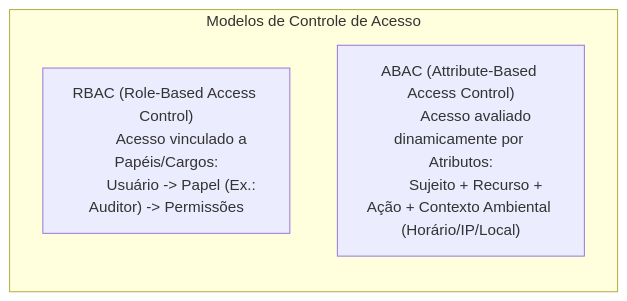
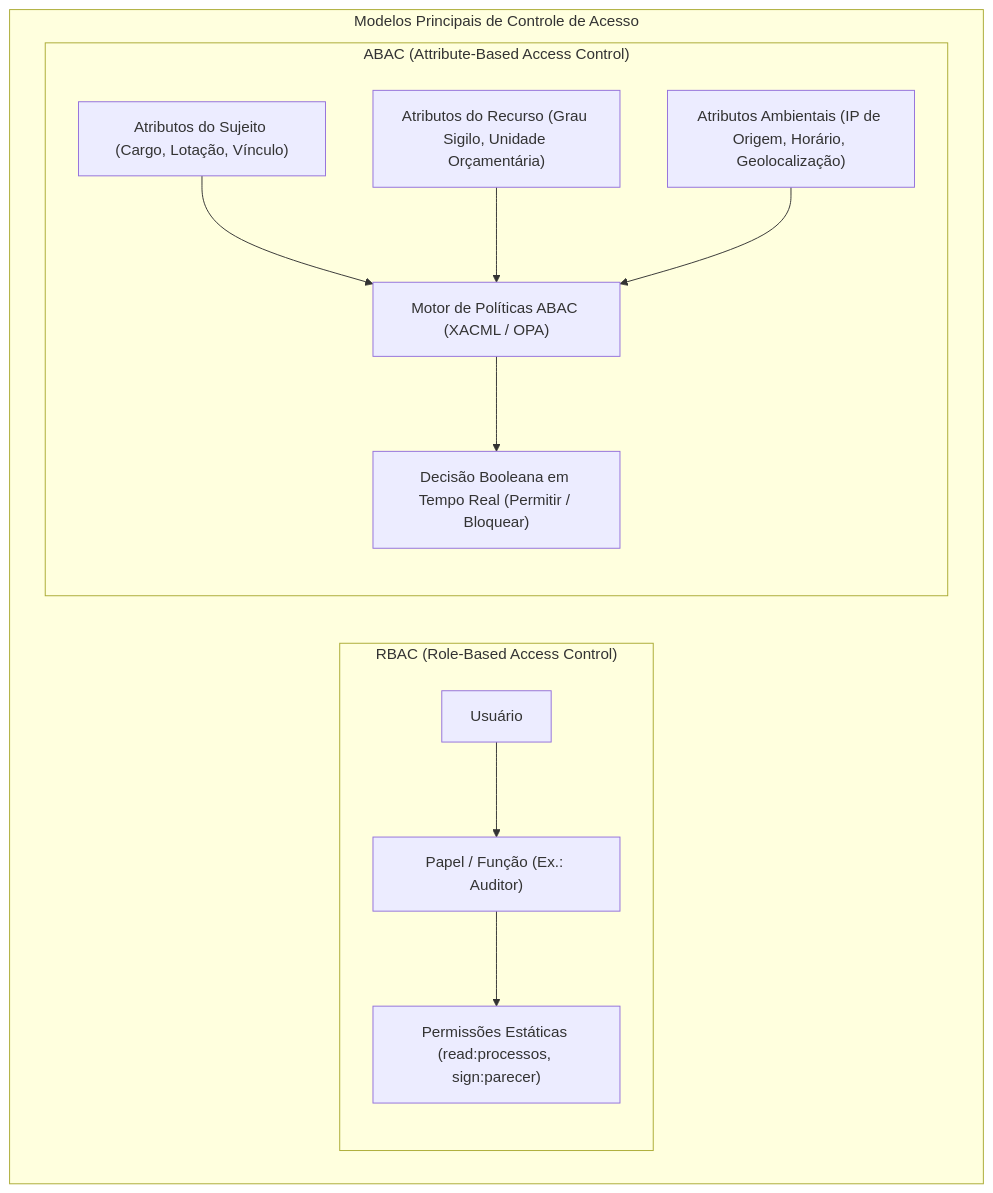
One commit to thiagosantos346/TCE-GO-2027 changed the second of 7 diagrams in fontes_de_estudo/conhecimentos_especificos_b02_ti/05_desenvolvimento_de_sistemas/05_autenticacao_identidade_oauth2_oidc_jwt.md. Above: the diagram before and after it, drawn with Mermaid. The commit also changed other lines of this file and 119 other files, not shown here.

````diff
--- a/fontes_de_estudo/conhecimentos_especificos_b02_ti/05_desenvolvimento_de_sistemas/05_autenticacao_identidade_oauth2_oidc_jwt.md
+++ b/fontes_de_estudo/conhecimentos_especificos_b02_ti/05_desenvolvimento_de_sistemas/05_autenticacao_identidade_oauth2_oidc_jwt.md
@@ -79,11 +80,19 @@
 ```mermaid
-flowchart LR
-    subgraph ModelosAcesso["Modelos de Controle de Acesso"]
-        RBAC["RBAC (Role-Based Access Control)
-        Acesso vinculado a Papéis/Cargos:
-        Usuário -> Papel (Ex.: Auditor) -> Permissões"]
-        ABAC["ABAC (Attribute-Based Access Control)
-        Acesso avaliado dinamicamente por Atributos:
-        Sujeito + Recurso + Ação + Contexto Ambiental (Horário/IP/Local)"]
+flowchart TD
+    subgraph ModelosAcesso["Modelos Principais de Controle de Acesso"]
+        subgraph RBAC["RBAC (Role-Based Access Control)"]
+            U["Usuário"] --> P["Papel / Função (Ex.: Auditor)"]
+            P --> Perm["Permissões Estáticas (read:processos, sign:parecer)"]
+        end
+        subgraph ABAC["ABAC (Attribute-Based Access Control)"]
+            Sujeito["Atributos do Sujeito (Cargo, Lotação, Vínculo)"]
+            Recurso["Atributos do Recurso (Grau Sigilo, Unidade Orçamentária)"]
+            Ambiente["Atributos Ambientais (IP de Origem, Horário, Geolocalização)"]
+            Motor["Motor de Políticas ABAC (XACML / OPA)"]
+            Sujeito --> Motor
+            Recurso --> Motor
+            Ambiente --> Motor
+            Motor --> Decisao["Decisão Booleana em Tempo Real (Permitir / Bloquear)"]
+        end
     end
 ```
````
